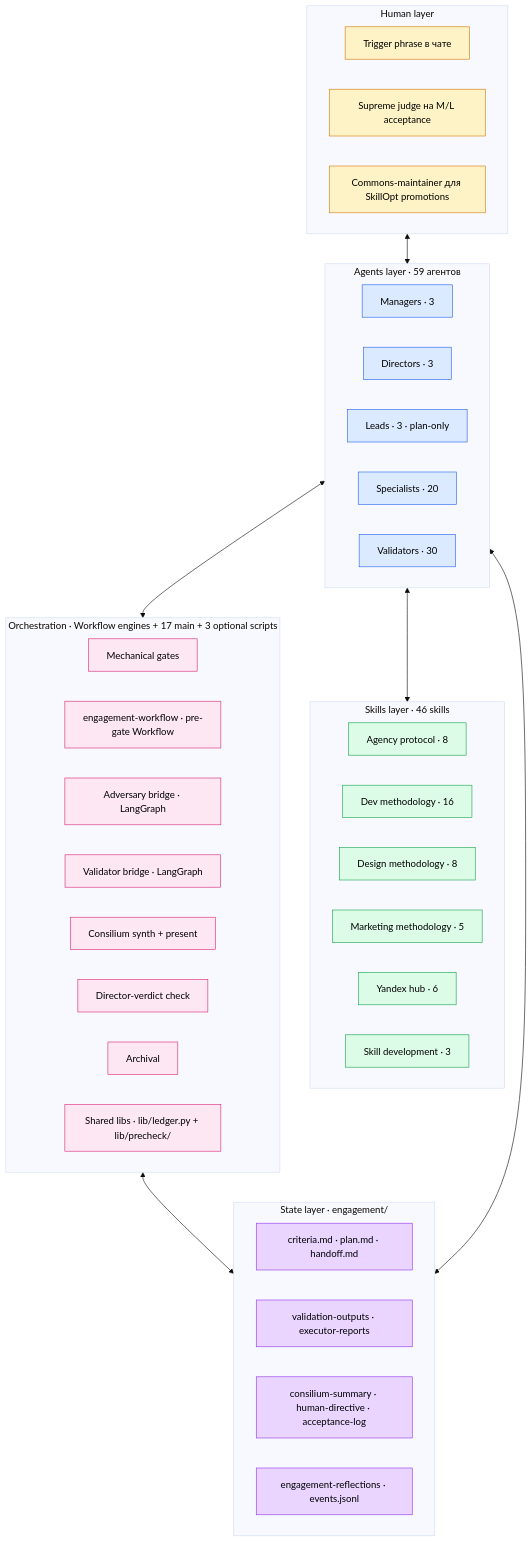
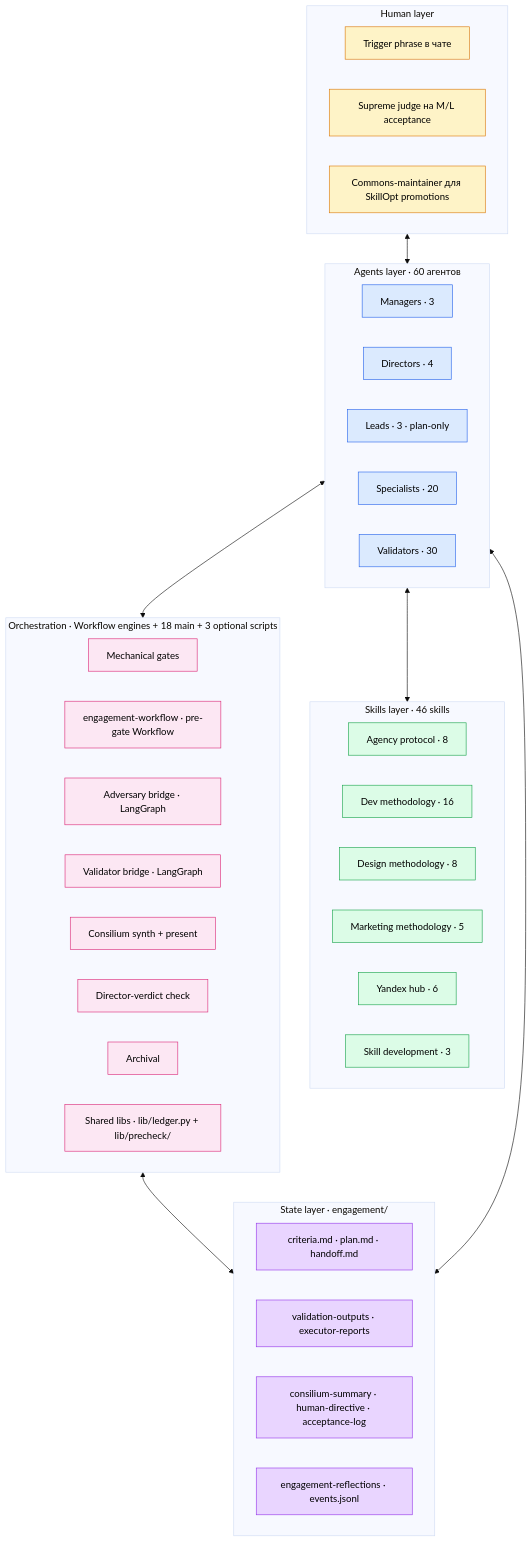
The first of 6 diagrams in ARCHITECTURE.ru.md (AgentShekel/agentic-workflow), drawn with Mermaid (base theme) before and after one commit. The commit also changed other lines of this file and 18 other files, not shown here.

````diff
--- a/ARCHITECTURE.ru.md
+++ b/ARCHITECTURE.ru.md
@@ -106,61 +106,61 @@
 ```mermaid
 flowchart TB
     subgraph Human ["Human layer"]
         H1[Trigger phrase в чате]
         H2[Supreme judge на M/L acceptance]
         H3[Commons-maintainer для SkillOpt promotions]
     end
 
-    subgraph Agents ["Agents layer · 59 агентов"]
+    subgraph Agents ["Agents layer · 60 агентов"]
         AM[Managers · 3]
-        AD[Directors · 3]
+        AD[Directors · 4]
         AL[Leads · 3 · plan-only]
         AS[Specialists · 20]
         AV[Validators · 30]
     end
 
     subgraph Skills ["Skills layer · 46 skills"]
         SK1[Agency protocol · 8]
         SK2[Dev methodology · 16]
         SK3[Design methodology · 8]
         SK4[Marketing methodology · 5]
         SK5[Yandex hub · 6]
         SK6[Skill development · 3]
     end
 
-    subgraph Orch ["Orchestration · Workflow engines + 17 main + 3 optional scripts"]
+    subgraph Orch ["Orchestration · Workflow engines + 18 main + 3 optional scripts"]
         O1[Mechanical gates]
         O2[engagement-workflow · pre-gate Workflow]
         O3[Adversary bridge · LangGraph]
         O4[Validator bridge · LangGraph]
         O5[Consilium synth + present]
         O6[Director-verdict check]
         O7[Archival]
         O8[Shared libs · lib/ledger.py + lib/precheck/]
     end
 
     subgraph State ["State layer · engagement/"]
         ST1[criteria.md · plan.md · handoff.md]
         ST2[validation-outputs · executor-reports]
         ST3[consilium-summary · human-directive · acceptance-log]
         ST4[engagement-reflections · events.jsonl]
     end
 
     Human <--> Agents
     Agents <--> Skills
     Agents <--> Orch
     Orch <--> State
     Agents <--> State
 
     classDef human fill:#fef3c7,stroke:#d97706,color:#000
     classDef agents fill:#dbeafe,stroke:#2563eb,color:#000
     classDef skills fill:#dcfce7,stroke:#16a34a,color:#000
     classDef orch fill:#fce7f3,stroke:#db2777,color:#000
     classDef state fill:#e9d5ff,stroke:#9333ea,color:#000
 
     class H1,H2,H3 human
     class AM,AD,AL,AS,AV agents
     class SK1,SK2,SK3,SK4,SK5,SK6 skills
     class O1,O2,O3,O4,O5,O6,O7,O8 orch
     class ST1,ST2,ST3,ST4 state
 ```
````
